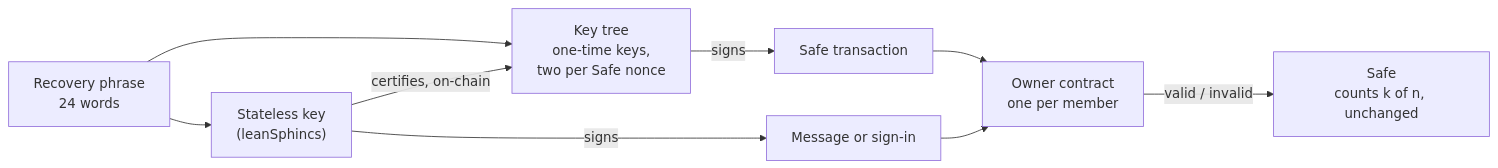
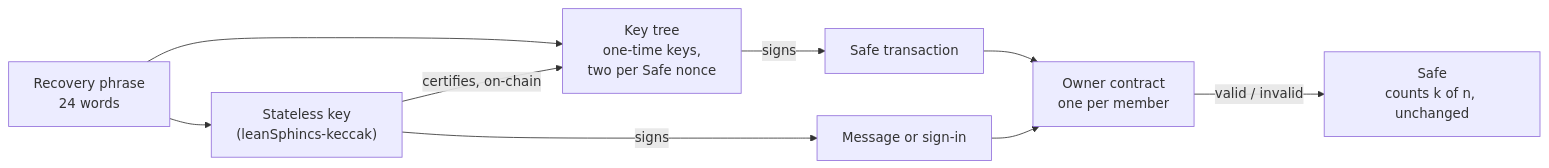
One commit to johba37/winterlock.eth changed the diagram in docs/overview.md. Above: the diagram before and after it, drawn with Mermaid. The commit also changed other lines of this file and 5 other files, not shown here.

First line of the commit message:
Name the stateless key leanSphincs-keccak; plan for EIP-8288 and the next owner

````diff
--- a/docs/overview.md
+++ b/docs/overview.md
@@ -9,11 +9,11 @@
 ```mermaid
 flowchart LR
-    phrase["Recovery phrase<br/>24 words"] --> stateless["Stateless key<br/>(leanSphincs)"]
+    phrase["Recovery phrase<br/>24 words"] --> stateless["Stateless key<br/>(leanSphincs-keccak)"]
     phrase --> tree["Key tree<br/>one-time keys,<br/>two per Safe nonce"]
     stateless -- "certifies, on-chain" --> tree
     tree -- "signs" --> tx["Safe transaction"]
     stateless -- "signs" --> msg["Message or sign-in"]
     tx --> owner["Owner contract<br/>one per member"]
     msg --> owner
     owner -- "valid / invalid" --> safe["Safe<br/>counts k of n, unchanged"]
 ```
````
